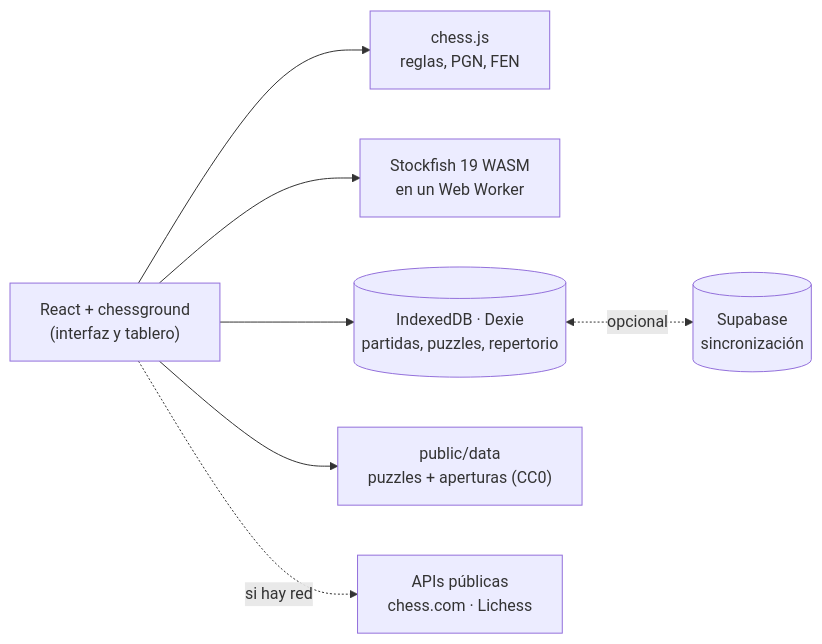
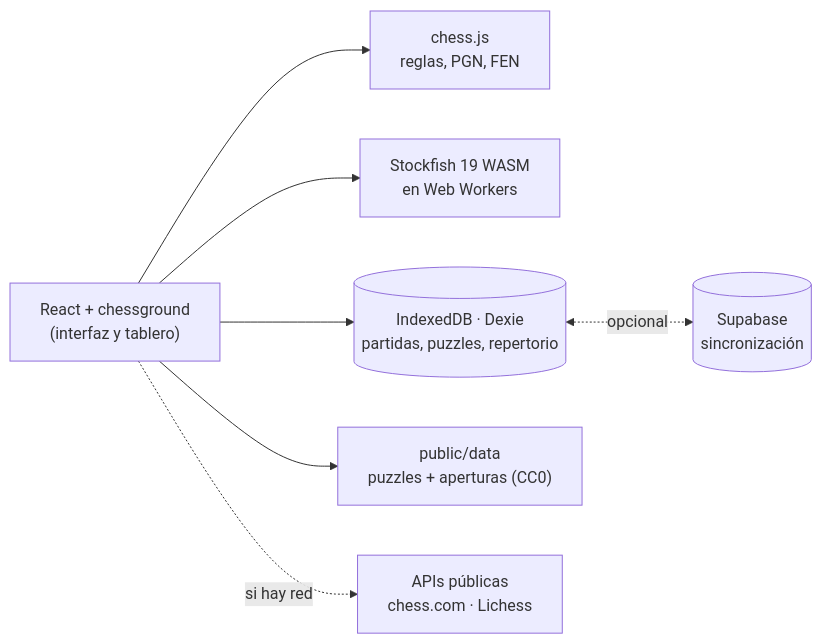
The diagram in README.md (jupiutrera/open-chess), drawn with Mermaid before and after one commit. The commit also changed other lines of this file and 14 other files, not shown here.

````diff
--- a/README.md
+++ b/README.md
@@ -54,9 +107,9 @@
 ```mermaid
 flowchart LR
   UI["React + chessground<br/>(interfaz y tablero)"] --> CJ["chess.js<br/>reglas, PGN, FEN"]
-  UI --> SF["Stockfish 19 WASM<br/>en un Web Worker"]
+  UI --> SF["Stockfish 19 WASM<br/>en Web Workers"]
   UI --> DB[("IndexedDB · Dexie<br/>partidas, puzzles, repertorio")]
   DB <-.->|opcional| SB[("Supabase<br/>sincronización")]
   UI --> DATA["public/data<br/>puzzles + aperturas (CC0)"]
   UI -.->|si hay red| API["APIs públicas<br/>chess.com · Lichess"]
 ```
````
